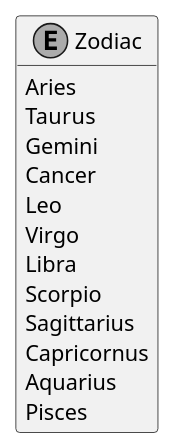
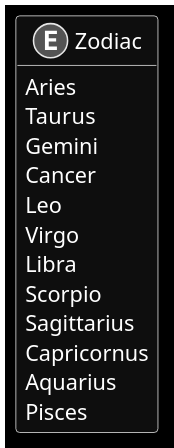
The diagram in Documentation/Generated/Enumerations/DoofesZeug.Entities.Specieses.Human/Zodiac.puml (ObiWanLansi/DoofesZeug), drawn with PlantUML before and after one commit. The commit also changed 142 other files, not shown here.

Commit message:
Fix Documentation & Diagramms

```diff
--- a/Documentation/Generated/Enumerations/DoofesZeug.Entities.Specieses.Human/Zodiac.puml
+++ b/Documentation/Generated/Enumerations/DoofesZeug.Entities.Specieses.Human/Zodiac.puml
@@ -1,21 +1,20 @@
 @startuml
-skinparam monochrome true
+skinparam monochrome reverse
 hide empty members
-skinparam backgroundcolor transparent
 
 enum Zodiac {
     Aries
     Taurus
     Gemini
     Cancer
     Leo
     Virgo
     Libra
     Scorpio
     Sagittarius
     Capricornus
     Aquarius
     Pisces
 }
 
 @enduml
```
